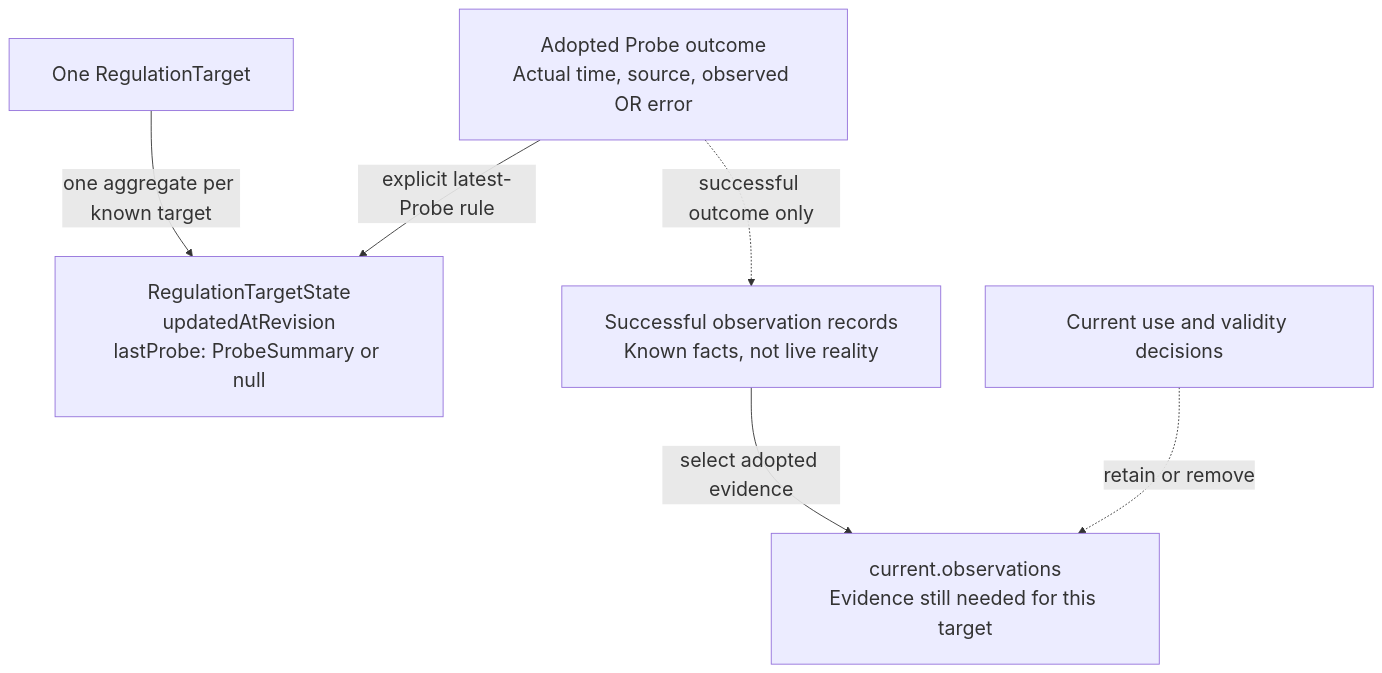
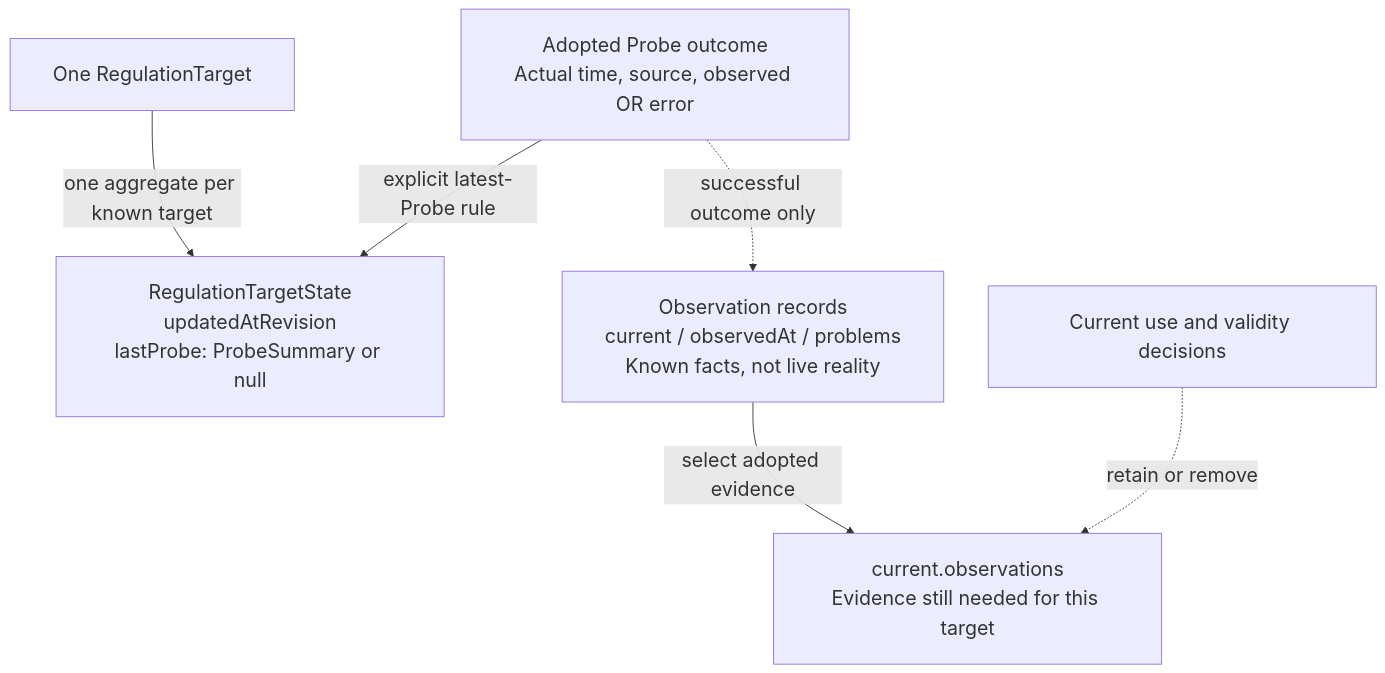
Before and after one commit to shazhou-ww/potential-guide: the third of 5 diagrams in .silvermoon/ideas/01M5E7N9F5Y0ZN1SYKDFYEVA20/outer/inner/ideal/Diagrams.md, drawn with Mermaid. The commit also changed other lines of this file and 7 other files, not shown here.

````diff
--- a/.silvermoon/ideas/01M5E7N9F5Y0ZN1SYKDFYEVA20/outer/inner/ideal/Diagrams.md
+++ b/.silvermoon/ideas/01M5E7N9F5Y0ZN1SYKDFYEVA20/outer/inner/ideal/Diagrams.md
@@ -137,26 +150,26 @@
 ```mermaid
 ---
 config:
   fontFamily: Arial, Helvetica, sans-serif
   themeVariables:
     fontFamily: Arial, Helvetica, sans-serif
     fontSize: 22px
   flowchart:
     wrappingWidth: 340
     nodeSpacing: 50
     rankSpacing: 65
     padding: 24
 ---
 flowchart TB
     TARGET["One RegulationTarget"]
     PROBE["Adopted Probe outcome<br/>Actual time, source, observed OR error"]
     SUMMARY["RegulationTargetState<br/>updatedAtRevision<br/>lastProbe: ProbeSummary or null"]
-    FACTS["Successful observation records<br/>Known facts, not live reality"]
+    FACTS["Observation records<br/>current / observedAt / problems<br/>Known facts, not live reality"]
     VALIDITY["Current use and validity decisions"]
     CURRENT["current.observations<br/>Evidence still needed for this target"]
     TARGET -->|one aggregate per known target| SUMMARY
     PROBE -->|explicit latest-Probe rule| SUMMARY
     PROBE -.->|successful outcome only| FACTS
     FACTS -->|select adopted evidence| CURRENT
     VALIDITY -.->|retain or remove| CURRENT
 ```
````
